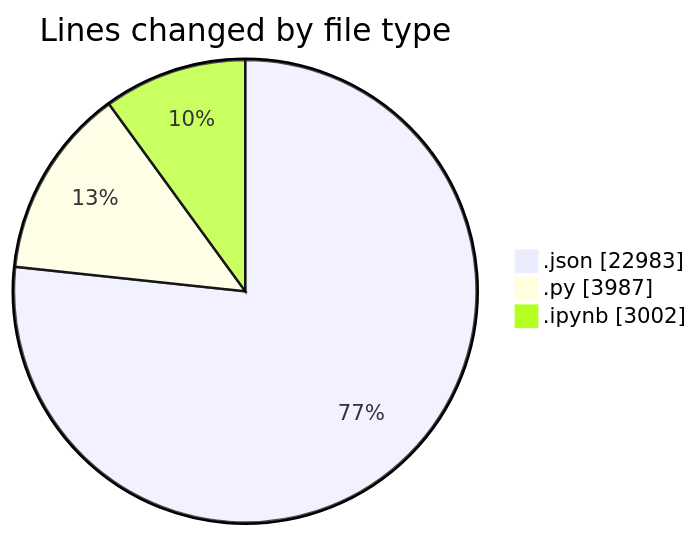
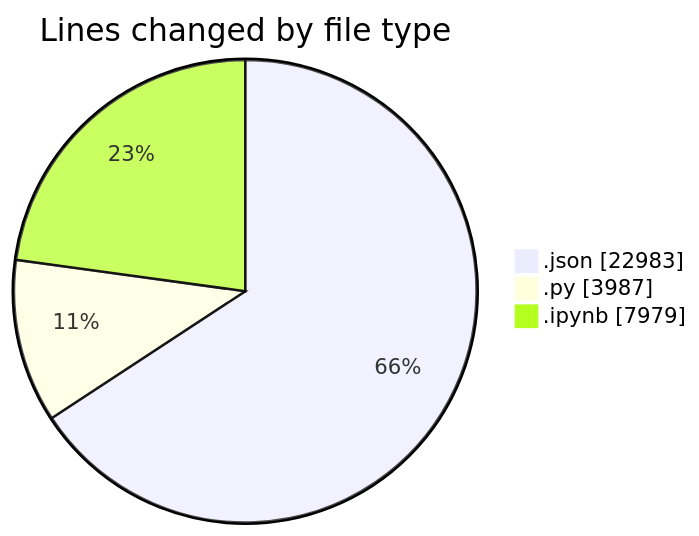
One commit to MatusMokan/code-tracking changed the first of 2 diagrams in 2025-10-04/untitled__workspace_/README.md. Above: the diagram before and after it, drawn with Mermaid. The commit also changed other lines of this file and 1 other file, not shown here.

````diff
--- a/2025-10-04/untitled__workspace_/README.md
+++ b/2025-10-04/untitled__workspace_/README.md
@@ -35,7 +35,7 @@
 ```mermaid
 pie showData
 title Lines changed by file type
 ".json" : 22983
 ".py" : 3987
-".ipynb" : 3002
+".ipynb" : 7979
 ```
````
